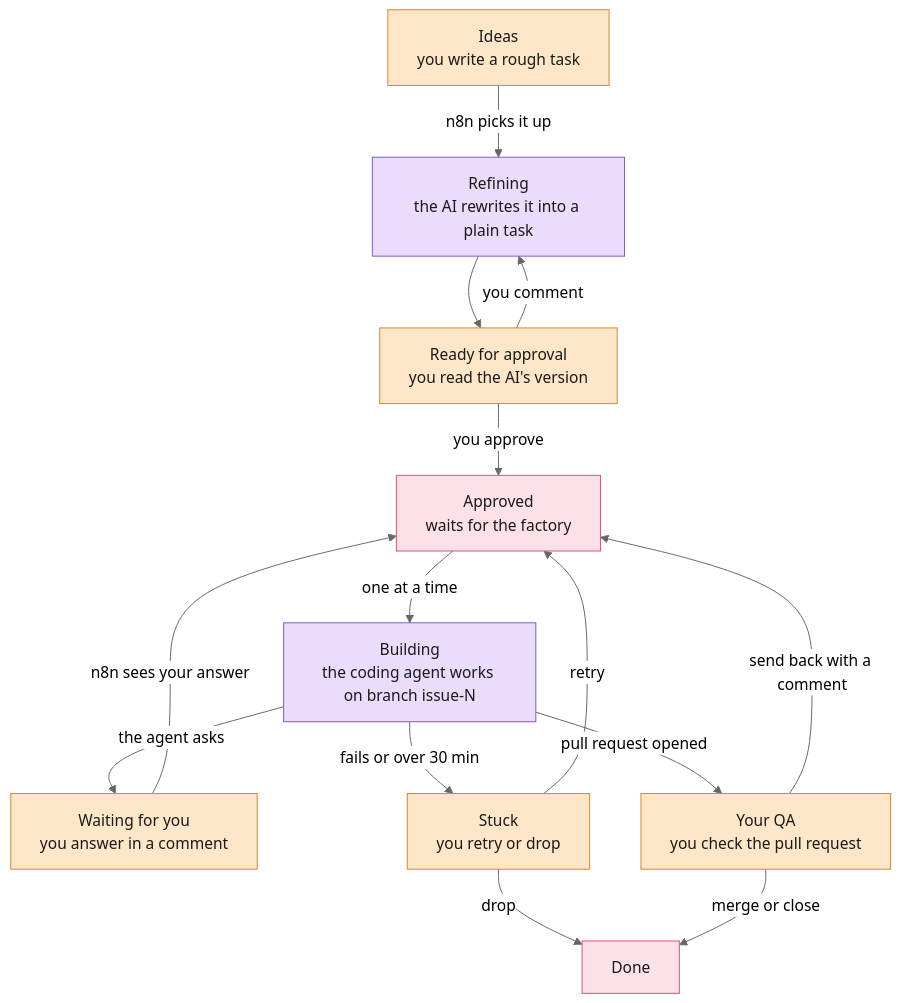
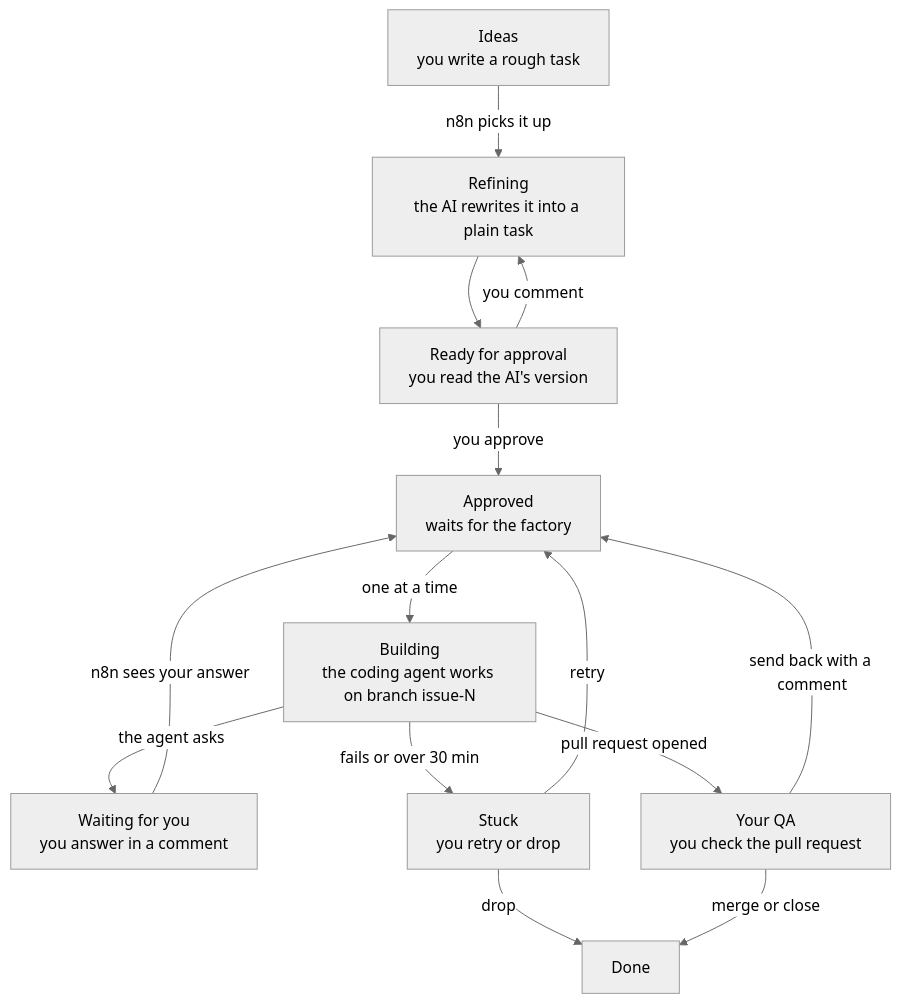
The first of 2 diagrams in project-brief.md (MBroholm/software-factory), drawn with Mermaid (neutral theme) before and after one commit. The commit also changed other lines of this file and 3 other files, not shown here.

Commit message:
Update project brief for final project version 2: added chess game example, clarified workflow, and enhanced safety measures for coding agent.

````diff
--- a/project-brief.md
+++ b/project-brief.md
@@ -29,30 +49,34 @@
 ```mermaid
 flowchart TD
-    I["Ideas<br/>you write a rough task"]:::human
-    R["Refining<br/>the AI rewrites it into a plain task"]:::ai
-    RA["Ready for approval<br/>you read the AI's version"]:::human
-    AP["Approved<br/>waits for the factory"]:::n8n
-    B["Building<br/>the coding agent works on branch issue-N"]:::ai
-    W["Waiting for you<br/>you answer in a comment"]:::human
-    S["Stuck<br/>you retry or drop"]:::human
-    QA["Your QA<br/>you check the pull request"]:::human
-    D["Done"]:::n8n
-
-    I -->|n8n picks it up| R
+    I["Ideas<br/>you write a rough task"]
+    R["Refining<br/>the AI rewrites it into a plain task"]
+    RA["Ready for approval<br/>you read the AI's version"]
+    AP["Approved<br/>waits for the factory"]
+    B["Building<br/>the coding agent works on branch issue-N"]
+    W["Waiting for you<br/>you answer in a comment"]
+    S["Stuck<br/>you retry or drop"]
+    D["Done"]
+    QA["Your QA<br/>you check the pull request"]
+    I -->|"n8n picks it up"| R
     R --> RA
-    RA -->|you comment| R
-    RA -->|you approve| AP
-    AP -->|one at a time| B
-    B -->|the agent asks| W
-    W -->|n8n sees your answer| AP
-    B -->|fails or over 30 min| S
-    S -->|retry| AP
-    S -->|drop| D
-    B -->|pull request opened| QA
-    QA -->|merge or close| D
-    QA -->|send back with a comment| AP
-
-    classDef human fill:#FDE7C8,stroke:#D9822B,color:#1a1a1a
-    classDef ai fill:#E9DDFB,stroke:#7E57C2,color:#1a1a1a
-    classDef n8n fill:#FCE1E8,stroke:#EA4B71,color:#1a1a1a
+    RA -->|"you comment"| R
+    RA -->|"you approve"| AP
+    AP -->|"one at a time"| B
+    B -->|"the agent asks"| W
+    W -->|"n8n sees your answer"| AP
+    B -->|"fails or over 30 min"| S
+    S -->|"retry"| AP
+    S -->|"drop"| D
+    B -->|"pull request opened"| QA
+    QA -->|"merge or close"| D
+    QA -->|"send back with a comment"| AP
+    class I human
+    class R ai
+    class RA human
+    class AP n8n
+    class B ai
+    class W human
+    class S human
+    class D n8n
+    class QA human
 ```
````
